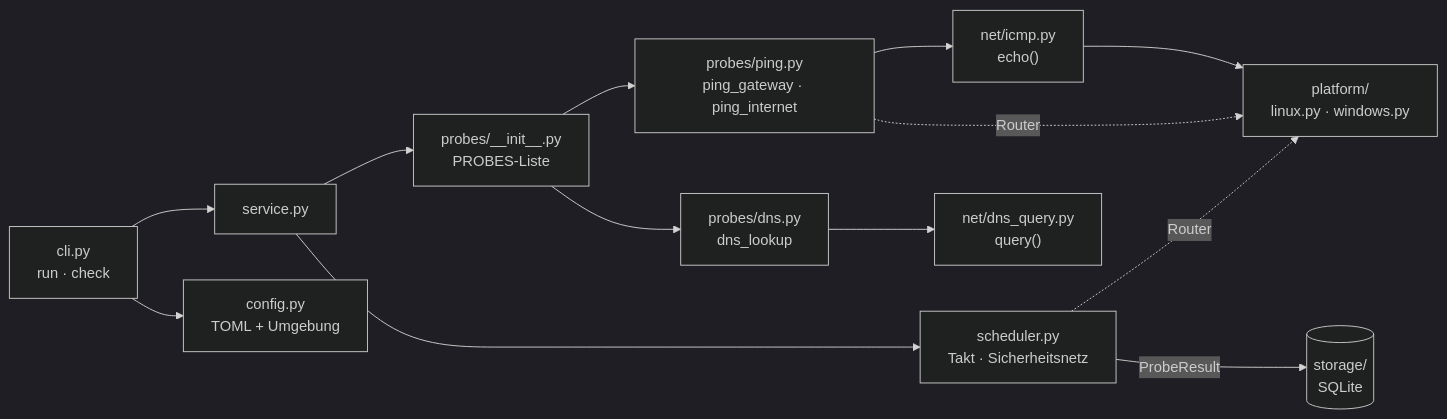
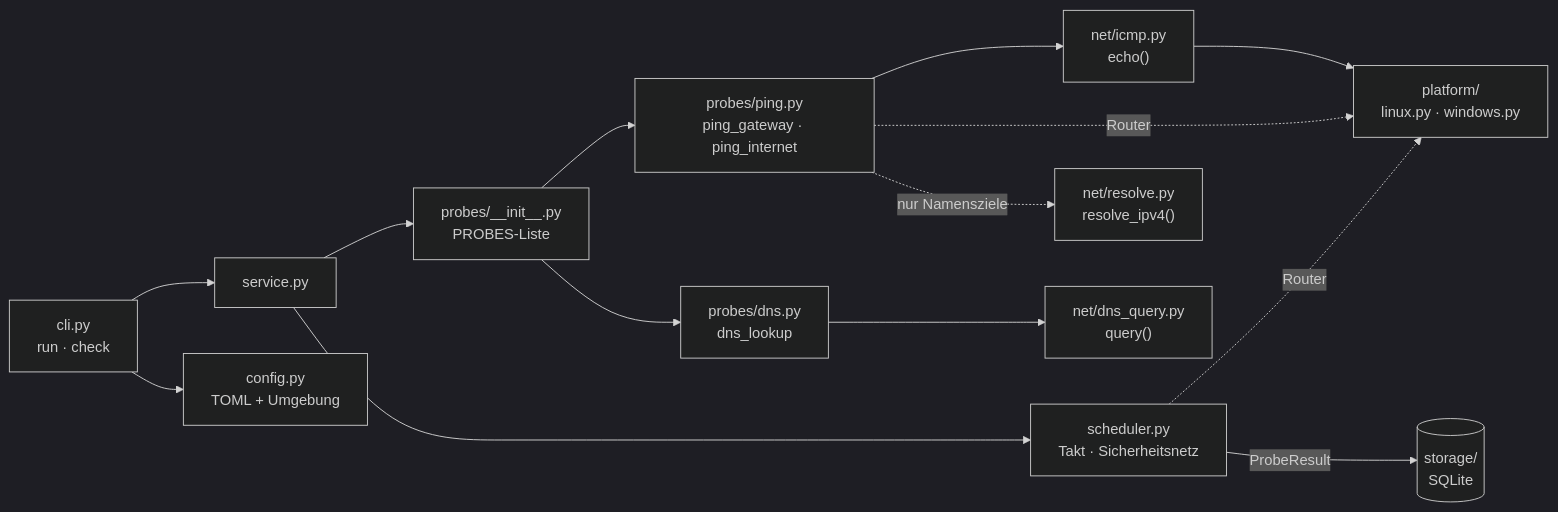
The diagram in docs/architektur.md (trais92/rootping), drawn with Mermaid (dark theme) before and after one commit. The commit also changed other lines of this file and 20 other files, not shown here.

````diff
--- a/docs/architektur.md
+++ b/docs/architektur.md
@@ -9,15 +9,16 @@
 ```mermaid
 flowchart LR
   cli["cli.py<br>run · check"] --> service["service.py"]
   cli --> config["config.py<br>TOML + Umgebung"]
   service --> sched["scheduler.py<br>Takt · Sicherheitsnetz"]
   service --> reg["probes/__init__.py<br>PROBES-Liste"]
   reg --> ping["probes/ping.py<br>ping_gateway · ping_internet"]
   reg --> dnsp["probes/dns.py<br>dns_lookup"]
   ping --> icmp["net/icmp.py<br>echo()"]
+  ping -.->|nur Namensziele| res["net/resolve.py<br>resolve_ipv4()"]
   dnsp --> dnsq["net/dns_query.py<br>query()"]
   icmp --> plat["platform/<br>linux.py · windows.py"]
   ping -. Router .-> plat
   sched -. Router .-> plat
   sched -- ProbeResult --> storage[("storage/<br>SQLite")]
 ```
````
